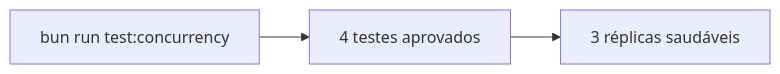
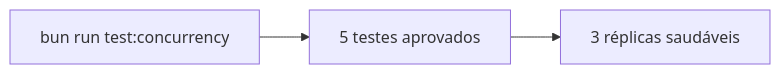
The seventh of 7 diagrams in evidencias/testes-concorrencia.md (renansko/jugle-gaming-test), drawn with Mermaid before and after one commit. The commit also changed other lines of this file and 6 other files, not shown here.

````diff
--- a/evidencias/testes-concorrencia.md
+++ b/evidencias/testes-concorrencia.md
@@ -90,5 +90,5 @@
 ```mermaid
 flowchart LR
-    Command["bun run test:concurrency"] --> Result["4 testes aprovados"]
+    Command["bun run test:concurrency"] --> Result["5 testes aprovados"]
     Result --> Replicas["3 réplicas saudáveis"]
 ```
````
